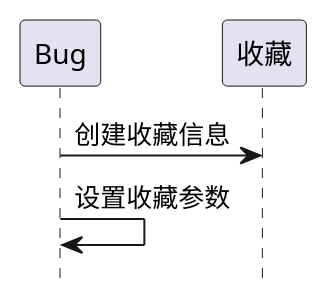
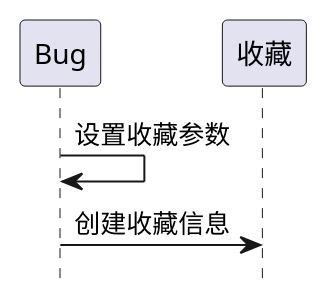
One commit to goblinln/iBizPMS changed the second of 9 diagrams in ibizpms-docs/src/main/doc/v1/module/zentao/Bug_old.md. Above: the diagram before and after it, drawn with PlantUML. The commit also changed other lines of this file and 230 other files, not shown here.

```diff
--- a/ibizpms-docs/src/main/doc/v1/module/zentao/Bug_old.md
+++ b/ibizpms-docs/src/main/doc/v1/module/zentao/Bug_old.md
@@ -263,6 +263,6 @@
 {% plantuml %}
 hide footbox
 
+Bug -> Bug: 设置收藏参数
 Bug -> 收藏: 创建收藏信息
-Bug -> Bug: 设置收藏参数
 {% endplantuml %}
```
